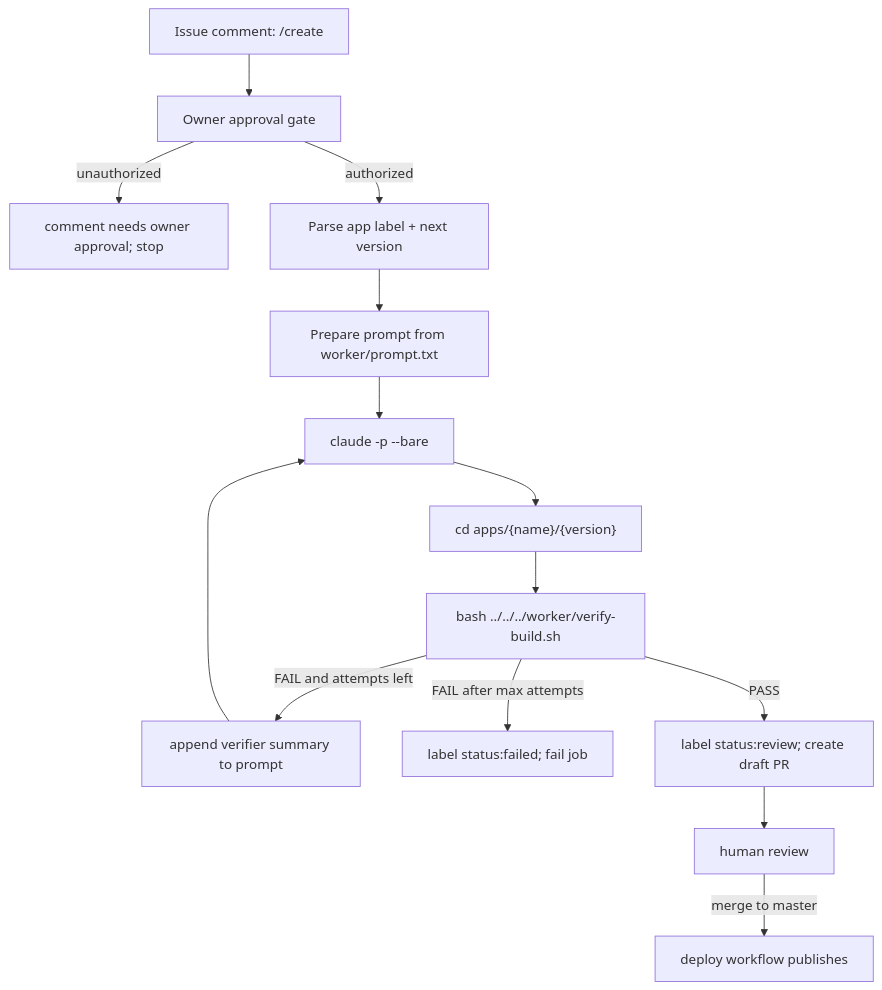
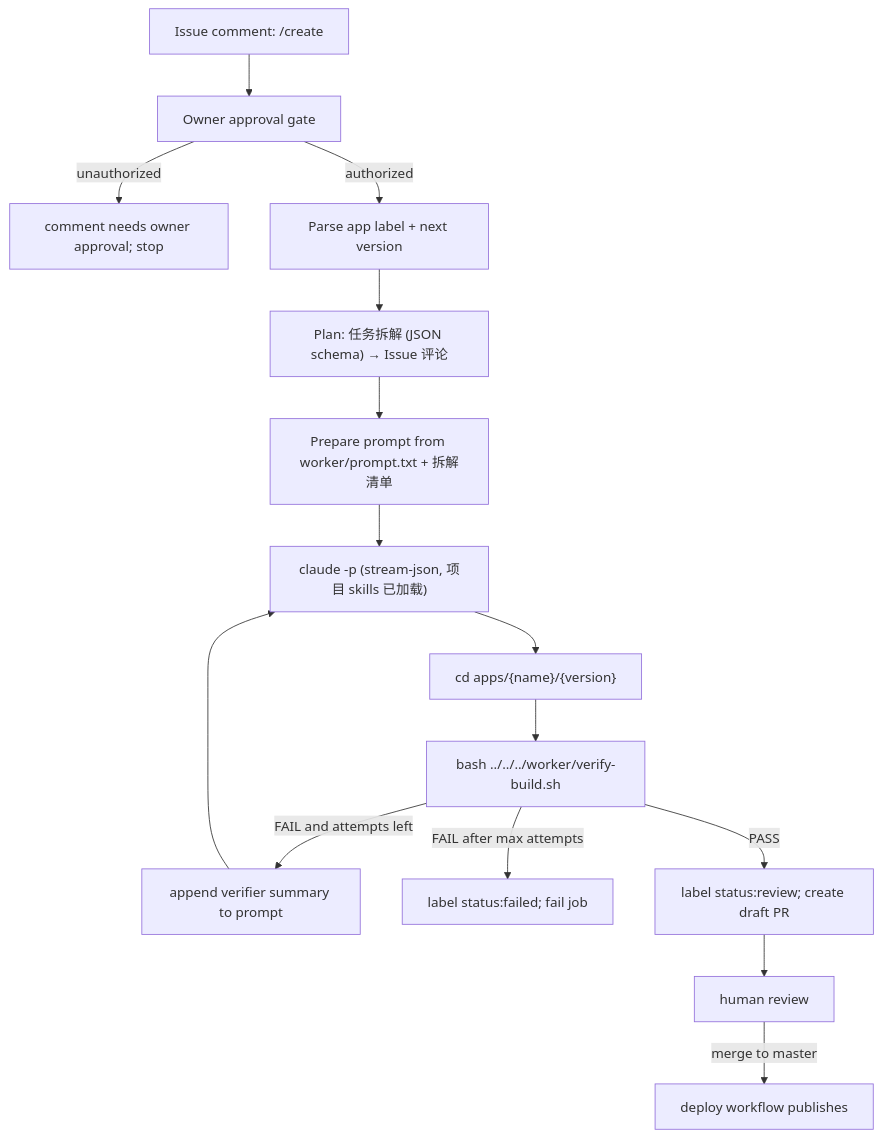
The diagram in docs/agent-loop.md (zenHeart/mitosis), drawn with Mermaid before and after one commit. The commit also changed other lines of this file and 14 other files, not shown here.

````diff
--- a/docs/agent-loop.md
+++ b/docs/agent-loop.md
@@ -72,16 +87,17 @@
 ```mermaid
 flowchart TD
     A["Issue comment: /create"] --> B["Owner approval gate"]
     B -->|unauthorized| X["comment needs owner approval; stop"]
     B -->|authorized| C["Parse app label + next version"]
-    C --> D["Prepare prompt from worker/prompt.txt"]
-    D --> E["claude -p --bare"]
+    C --> P["Plan: 任务拆解 (JSON schema) → Issue 评论"]
+    P --> D["Prepare prompt from worker/prompt.txt + 拆解清单"]
+    D --> E["claude -p (stream-json, 项目 skills 已加载)"]
     E --> F["cd apps/{name}/{version}"]
     F --> G["bash ../../../worker/verify-build.sh"]
     G -->|FAIL and attempts left| H["append verifier summary to prompt"]
     H --> E
     G -->|FAIL after max attempts| I["label status:failed; fail job"]
     G -->|PASS| J["label status:review; create draft PR"]
     J --> K["human review"]
     K -->|merge to master| L["deploy workflow publishes"]
 ```
````
